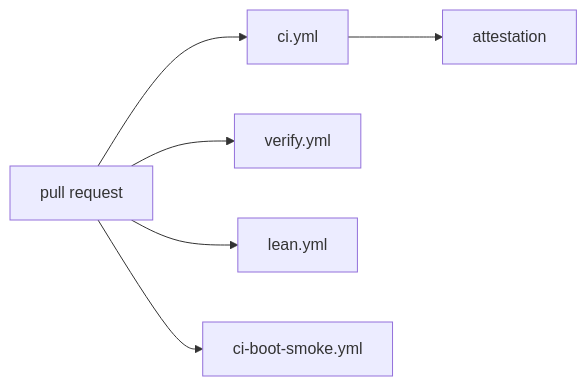
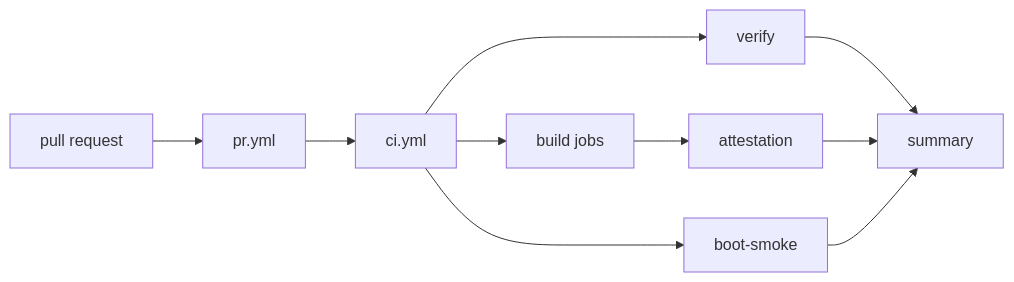
One commit to NON-OS/microkernel changed the diagram in docs/contributing/review.md. Above: the diagram before and after it, drawn with Mermaid. The commit also changed other lines of this file and 19 other files, not shown here.

````diff
--- a/docs/contributing/review.md
+++ b/docs/contributing/review.md
@@ -9,8 +9,11 @@
 ```mermaid
 flowchart LR
-    PR[pull request] --> CI[ci.yml]
-    PR --> V[verify.yml]
-    PR --> L[lean.yml]
-    PR --> S[ci-boot-smoke.yml]
-    CI --> A[attestation]
+    PR[pull request] --> P[pr.yml] --> CI[ci.yml]
+    CI --> V[verify]
+    CI --> B[build jobs]
+    CI --> S[boot-smoke]
+    B --> A[attestation]
+    V --> Y[summary]
+    A --> Y
+    S --> Y
 ```
````
